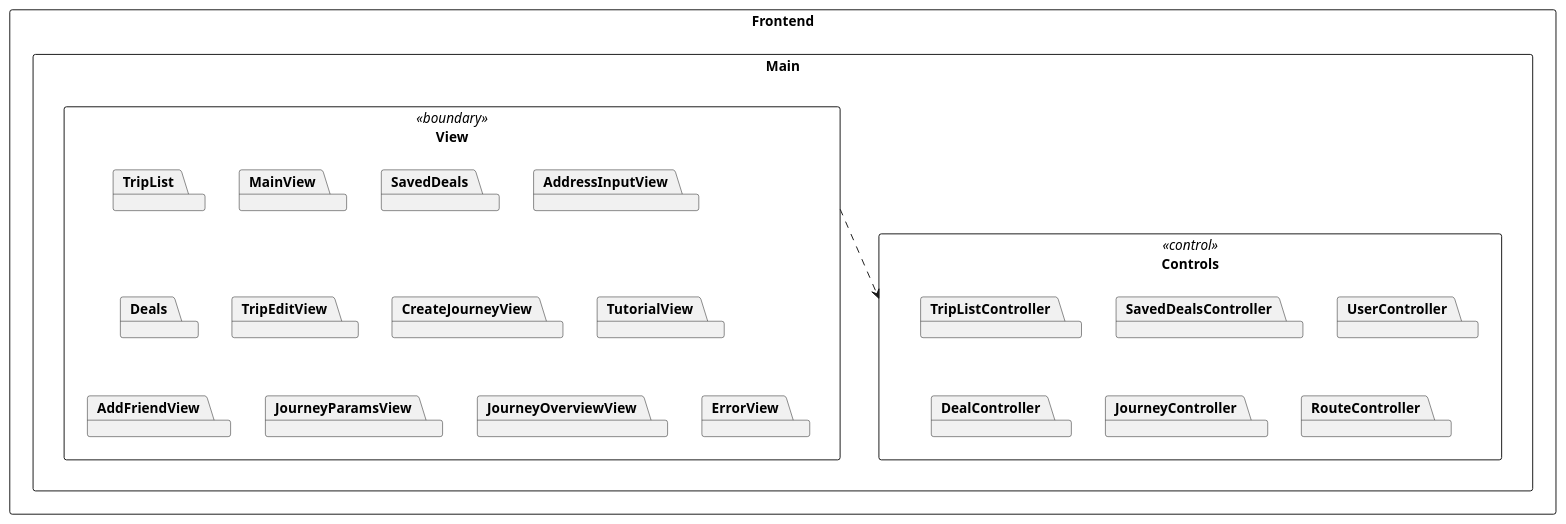
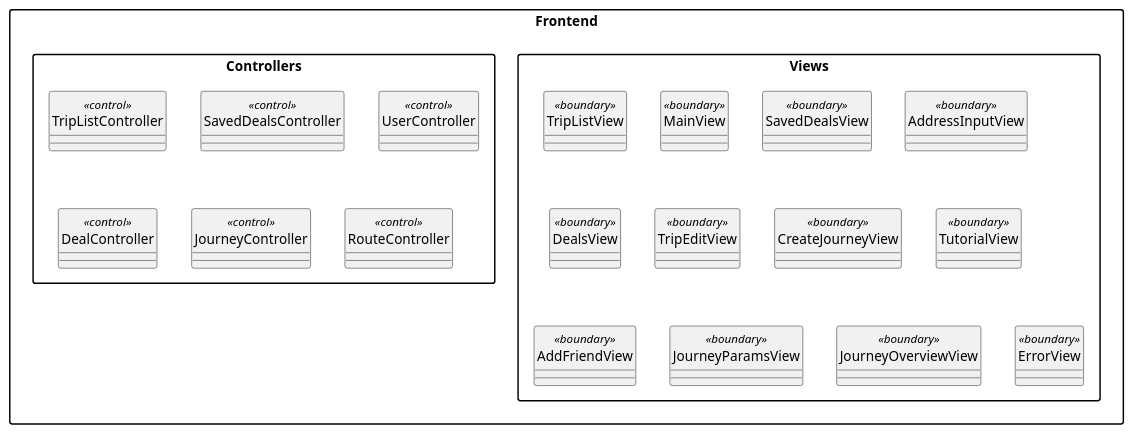
Before and after one commit to SauliusDev/ps-projektas: the diagram in _refs/diagrams-new-quick/package/frontend.puml, drawn with PlantUML. The commit also changed 86 other files, not shown here.

First line of the commit message:
feat: rewrite P2 sequence/package diagrams with proper BCE components

```diff
--- a/_refs/diagrams-new-quick/package/frontend.puml
+++ b/_refs/diagrams-new-quick/package/frontend.puml
@@ -1,33 +1,31 @@
 @startuml Frontend
 skinparam packageStyle rectangle
+skinparam classAttributeIconSize 0
+hide circle
 
 package "Frontend" {
-  package "Main" {
-    package "View" <<boundary>> {
-      package "TripList"
-      package "MainView"
-      package "SavedDeals"
-      package "AddressInputView"
-      package "Deals"
-      package "TripEditView"
-      package "CreateJourneyView"
-      package "TutorialView"
-      package "AddFriendView"
-      package "JourneyParamsView"
-      package "JourneyOverviewView"
-      package "ErrorView"
-    }
+  package "Views" {
+    class TripListView <<boundary>>
+    class MainView <<boundary>>
+    class SavedDealsView <<boundary>>
+    class AddressInputView <<boundary>>
+    class DealsView <<boundary>>
+    class TripEditView <<boundary>>
+    class CreateJourneyView <<boundary>>
+    class TutorialView <<boundary>>
+    class AddFriendView <<boundary>>
+    class JourneyParamsView <<boundary>>
+    class JourneyOverviewView <<boundary>>
+    class ErrorView <<boundary>>
+  }
 
-    package "Controls" <<control>> {
-      package "TripListController"
-      package "SavedDealsController"
-      package "UserController"
-      package "DealController"
-      package "JourneyController"
-      package "RouteController"
-    }
-
-    View ..> Controls
+  package "Controllers" {
+    class TripListController <<control>>
+    class SavedDealsController <<control>>
+    class UserController <<control>>
+    class DealController <<control>>
+    class JourneyController <<control>>
+    class RouteController <<control>>
   }
 }
 @enduml
```
